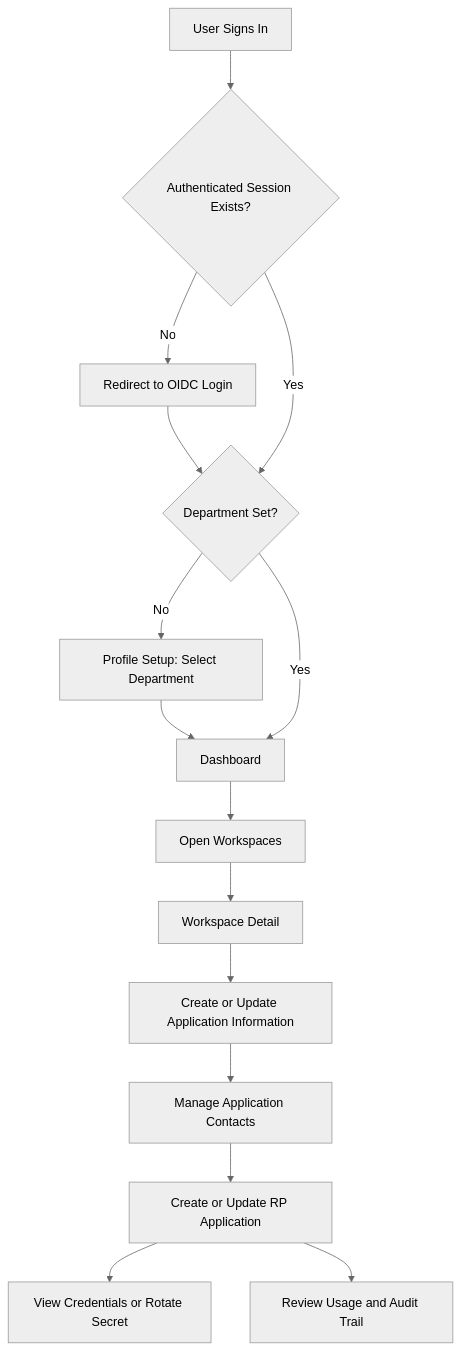
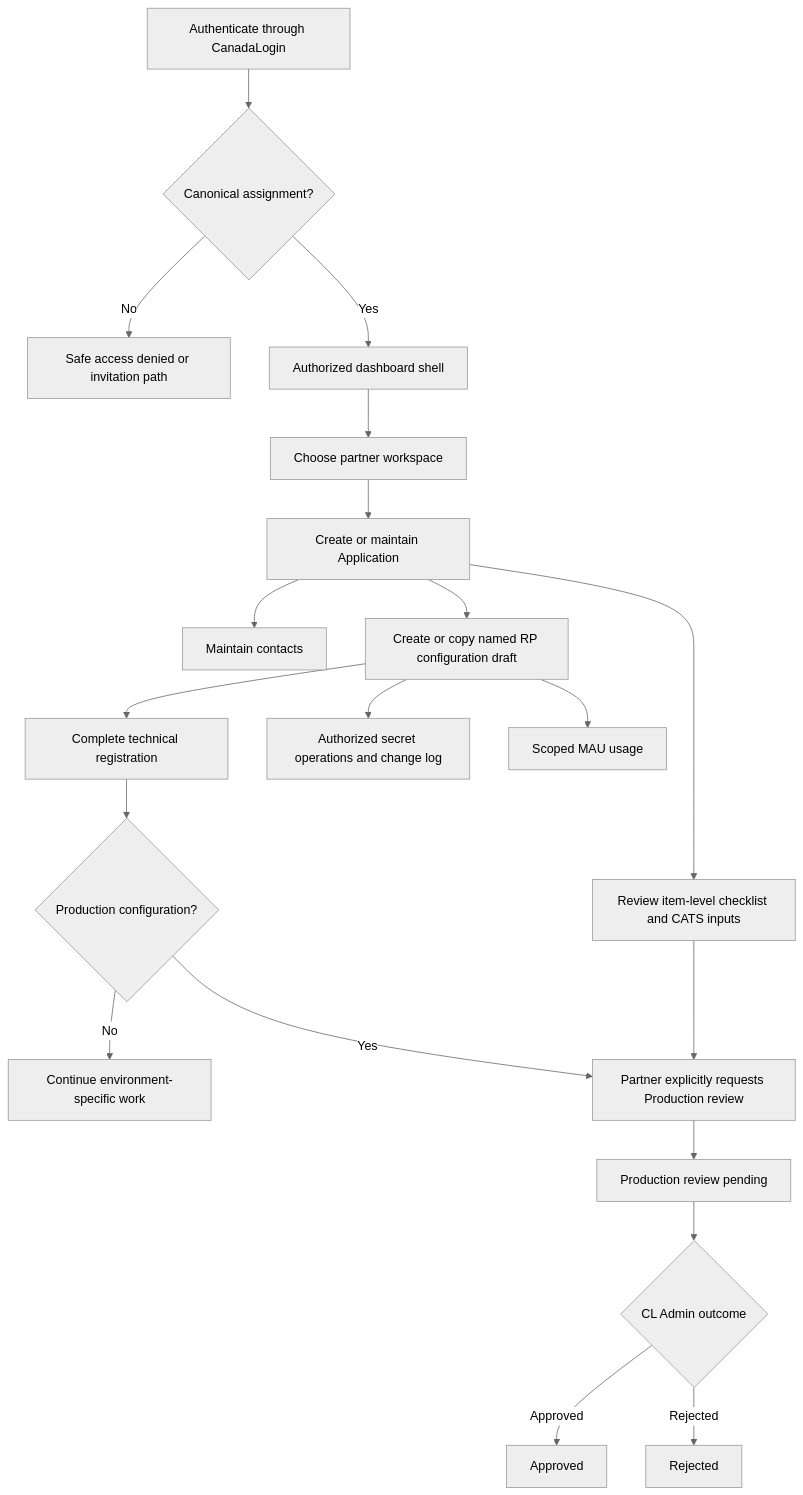
The fourth of 5 diagrams in docs/plans/partner-portal-diagrams.md (cds-snc/canadalogin-partner-portal), drawn with Mermaid (neutral theme) before and after one commit. The commit also changed other lines of this file and 1343 other files, not shown here.

First line of the commit message:
feat(portal): deliver MVP2 onboarding, RP configuration, and invitation workflows (#160)

````diff
--- a/docs/plans/partner-portal-diagrams.md
+++ b/docs/plans/partner-portal-diagrams.md
@@ -133,18 +163,22 @@
 ```mermaid
 flowchart TD
-    Login[User Signs In] --> Session{Authenticated Session Exists?}
-    Session -- No --> OIDCLogin[Redirect to OIDC Login]
-    OIDCLogin --> DepartmentCheck
-    Session -- Yes --> DepartmentCheck{Department Set?}
-    DepartmentCheck -- No --> ProfileSetup[Profile Setup: Select Department]
-    ProfileSetup --> Dashboard[Dashboard]
-    DepartmentCheck -- Yes --> Dashboard
-
-    Dashboard --> Workspaces[Open Workspaces]
-    Workspaces --> WorkspaceDetail[Workspace Detail]
-    WorkspaceDetail --> AppInfo[Create or Update Application Information]
-    AppInfo --> Contacts[Manage Application Contacts]
-    Contacts --> RPApp[Create or Update RP Application]
-    RPApp --> Credentials[View Credentials or Rotate Secret]
-    RPApp --> Usage[Review Usage and Audit Trail]
+    Login[Authenticate through CanadaLogin] --> Access{Canonical assignment?}
+    Access -- No --> Denied[Safe access denied or invitation path]
+    Access -- Yes --> Dashboard[Authorized dashboard shell]
+    Dashboard --> Workspaces[Choose partner workspace]
+    Workspaces --> Application[Create or maintain Application]
+    Application --> Contacts[Maintain contacts]
+    Application --> Checklist[Review item-level checklist and CATS inputs]
+    Application --> RPConfig[Create or copy named RP configuration draft]
+    RPConfig --> Registration[Complete technical registration]
+    RPConfig --> Credentials[Authorized secret operations and change log]
+    RPConfig --> Usage[Scoped MAU usage]
+    Registration --> IsProduction{Production configuration?}
+    IsProduction -- No --> Continue[Continue environment-specific work]
+    IsProduction -- Yes --> Request[Partner explicitly requests Production review]
+    Checklist --> Request
+    Request --> Pending[Production review pending]
+    Pending --> Outcome{CL Admin outcome}
+    Outcome -- Approved --> Approved[Approved]
+    Outcome -- Rejected --> Rejected[Rejected]
 ```
````
